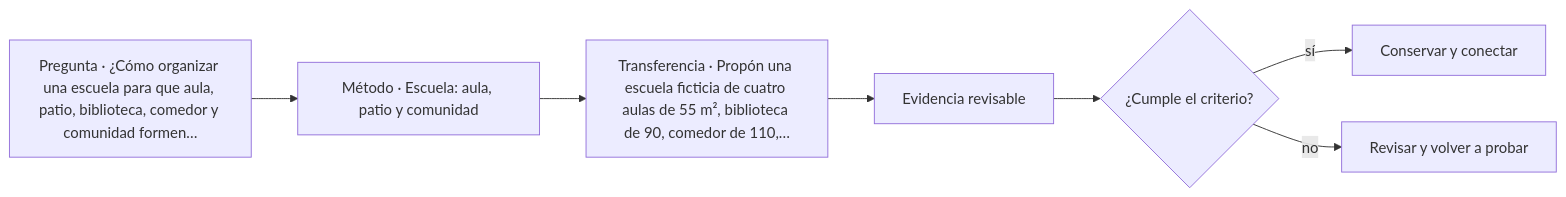
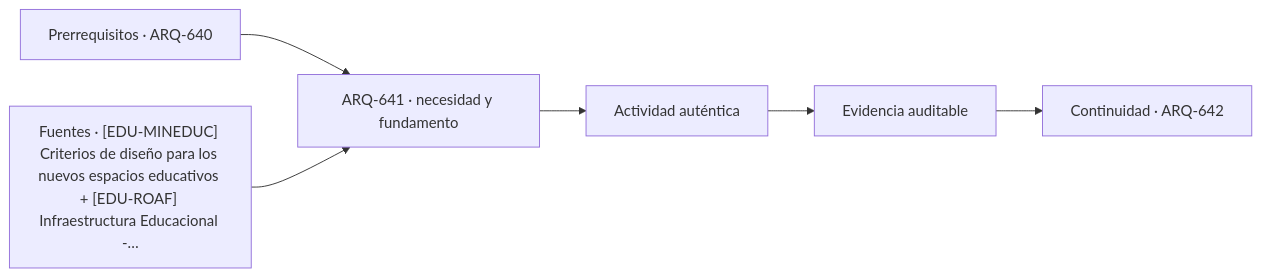
One commit to vladimiracunadev-create/architecture-built-environment-learning-program changed the diagram in classes/parte-65/ARQ-641.md. Above: the diagram before and after it, drawn with Mermaid. The commit also changed other lines of this file and 761 other files, not shown here.

````diff
--- a/classes/parte-65/ARQ-641.md
+++ b/classes/parte-65/ARQ-641.md
@@ -66,9 +78,8 @@
 ```mermaid
 flowchart LR
-    Q["Pregunta · ¿Cómo organizar una escuela para que aula, patio, biblioteca, comedor y comunidad formen…"] --> M["Método · Escuela: aula, patio y comunidad"]
-    M --> P["Transferencia · Propón una escuela ficticia de cuatro aulas de 55 m², biblioteca de 90, comedor de 110,…"]
-    P --> E["Evidencia revisable"]
-    E --> C{"¿Cumple el criterio?"}
-    C -->|sí| T["Conservar y conectar"]
-    C -->|no| R["Revisar y volver a probar"]
+    A["Prerrequisitos · ARQ-640"] --> B["ARQ-641 · necesidad y fundamento"]
+    S["Fuentes · [EDU-MINEDUC] Criterios de diseño para los nuevos espacios educativos + [EDU-ROAF] Infraestructura Educacional -…"] --> B
+    B --> C["Actividad auténtica"]
+    C --> D["Evidencia auditable"]
+    D --> E["Continuidad · ARQ-642"]
 ```
````
